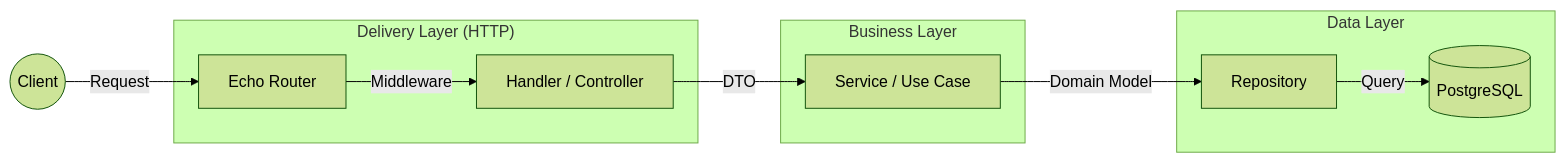
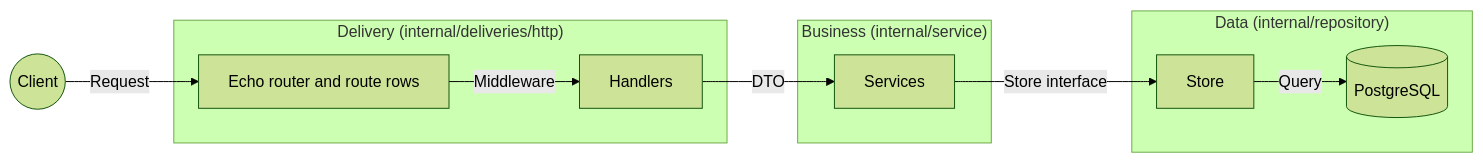
One commit to jeremygprawira/go-echo-boilerplate changed the diagram in README.md. Above: the diagram before and after it, drawn with Mermaid (forest theme). The commit also changed other lines of this file, not shown here.

````diff
--- a/README.md
+++ b/README.md
@@ -26,21 +24,21 @@
 ```mermaid
 graph LR
     Client((Client))
-    subgraph "Delivery Layer (HTTP)"
-        Router[Echo Router]
-        Handler[Handler / Controller]
+    subgraph "Delivery (internal/deliveries/http)"
+        Router[Echo router and route rows]
+        Handler[Handlers]
     end
-    subgraph "Business Layer"
-        Service[Service / Use Case]
+    subgraph "Business (internal/service)"
+        Service[Services]
     end
-    subgraph "Data Layer"
-        Repo[Repository]
+    subgraph "Data (internal/repository)"
+        Store[Store]
         DB[(PostgreSQL)]
     end
 
     Client -->|Request| Router
     Router -->|Middleware| Handler
     Handler -->|DTO| Service
-    Service -->|Domain Model| Repo
-    Repo -->|Query| DB
+    Service -->|Store interface| Store
+    Store -->|Query| DB
 ```
````
